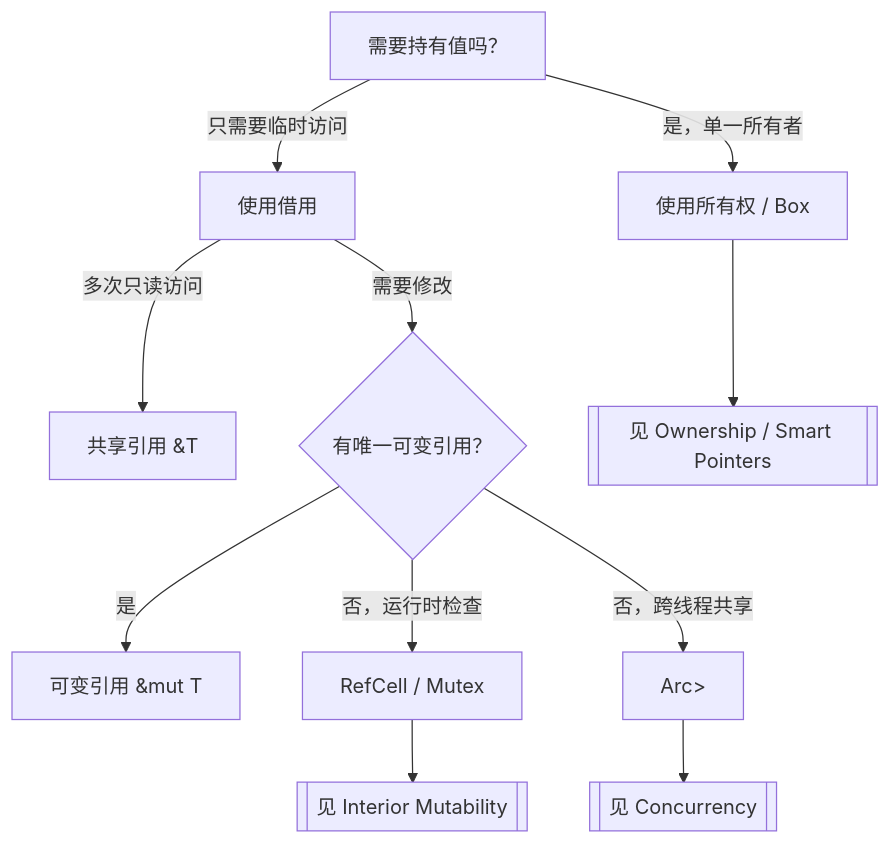
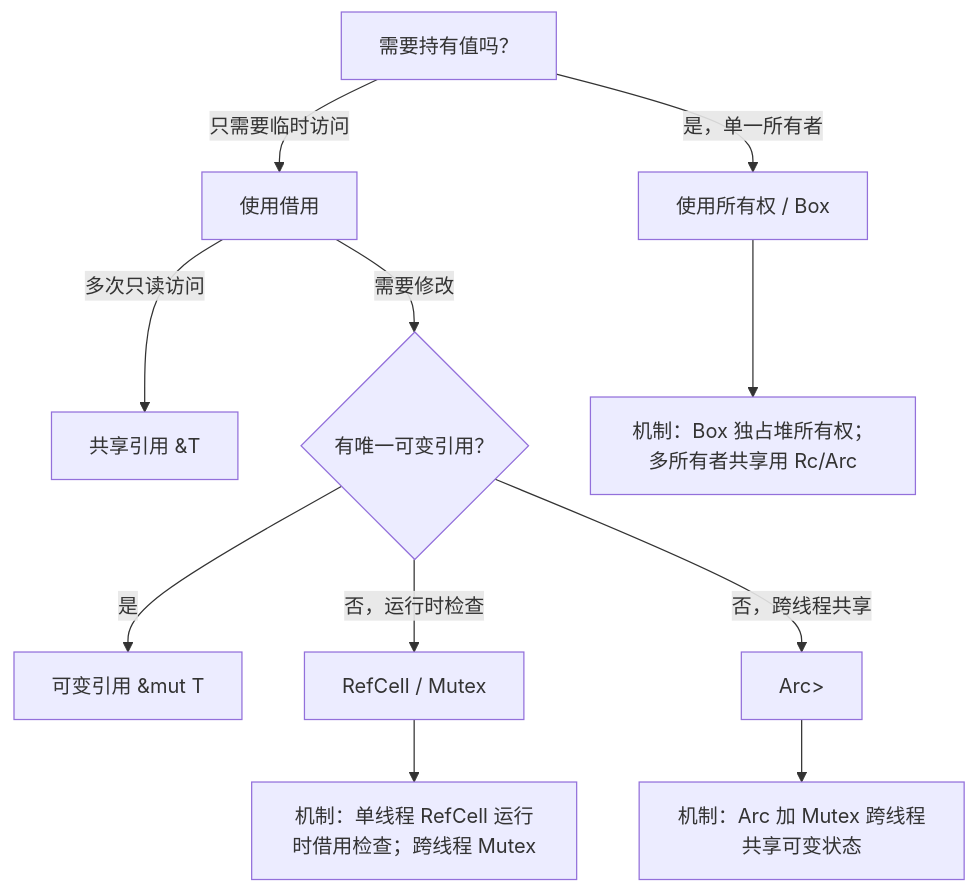
Before and after one commit to martin-ly/rust-lang: the second of 9 diagrams in concept/00_meta/knowledge_topology/03_scenario_decision_tree_atlas.md, drawn with Mermaid. The commit also changed other lines of this file and 1409 other files, not shown here.

````diff
--- a/concept/00_meta/knowledge_topology/03_scenario_decision_tree_atlas.md
+++ b/concept/00_meta/knowledge_topology/03_scenario_decision_tree_atlas.md
@@ -102,13 +102,13 @@
 ```mermaid
 flowchart TD
     A[需要持有值吗？] -->|是，单一所有者| B[使用所有权 / Box]
     A -->|只需要临时访问| C[使用借用]
     C -->|多次只读访问| D[共享引用 &T]
     C -->|需要修改| E{有唯一可变引用？}
     E -->|是| F[可变引用 &mut T]
     E -->|否，运行时检查| G[RefCell / Mutex]
     E -->|否，跨线程共享| H[Arc<Mutex<T>>]
-    B --> I[[见 Ownership / Smart Pointers]]
-    G --> J[[见 Interior Mutability]]
-    H --> K[[见 Concurrency]]
+    B --> I[机制：Box 独占堆所有权；多所有者共享用 Rc/Arc]
+    G --> J[机制：单线程 RefCell 运行时借用检查；跨线程 Mutex]
+    H --> K[机制：Arc 加 Mutex 跨线程共享可变状态]
 ```
````
